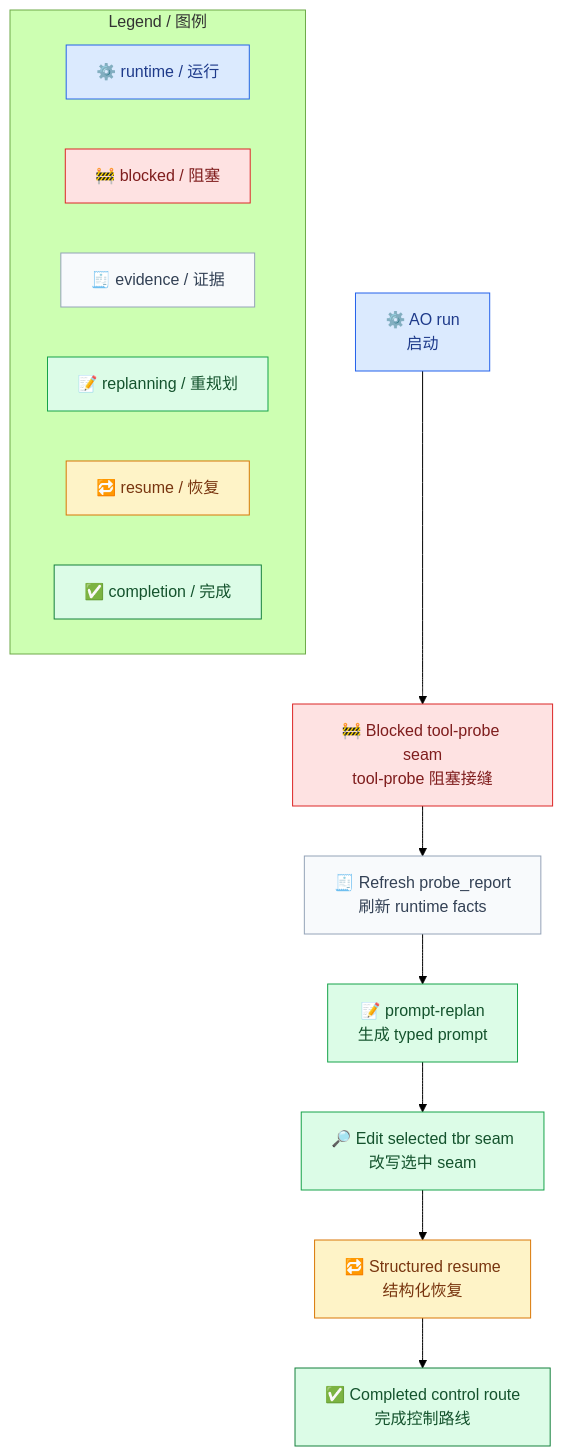
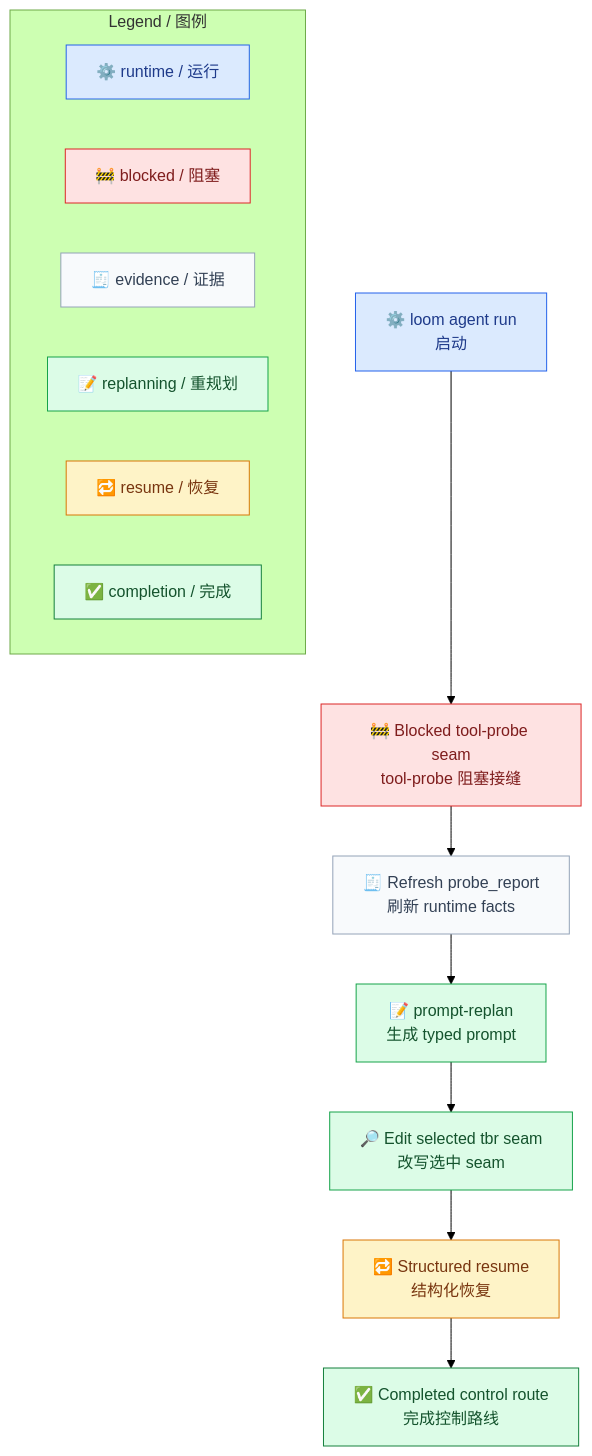
The diagram in docs/zh-cn/examples/ao-blocked-replan-run.md (waynebaby/Techne-Loom), drawn with Mermaid (forest theme) before and after one commit. The commit also changed other lines of this file and 45 other files, not shown here.

````diff
--- a/docs/zh-cn/examples/ao-blocked-replan-run.md
+++ b/docs/zh-cn/examples/ao-blocked-replan-run.md
@@ -15,39 +15,39 @@
 ```mermaid
 
 flowchart TD
-    A["⚙️ AO run<br/>启动"] --> B["🚧 Blocked tool-probe seam<br/>tool-probe 阻塞接缝"]
+    A["⚙️ loom agent run<br/>启动"] --> B["🚧 Blocked tool-probe seam<br/>tool-probe 阻塞接缝"]
     B --> C["🧾 Refresh probe_report<br/>刷新 runtime facts"]
     C --> D["📝 prompt-replan<br/>生成 typed prompt"]
     D --> E["🔎 Edit selected tbr seam<br/>改写选中 seam"]
     E --> F["🔁 Structured resume<br/>结构化恢复"]
     F --> G["✅ Completed control route<br/>完成控制路线"]
 
     classDef runtime fill:#dbeafe,stroke:#2563eb,color:#1e3a8a;
     classDef blocked fill:#fee2e2,stroke:#dc2626,color:#7f1d1d;
     classDef evidence fill:#f8fafc,stroke:#94a3b8,color:#334155;
     classDef draft fill:#dcfce7,stroke:#16a34a,color:#14532d;
     classDef continuation fill:#fef3c7,stroke:#d97706,color:#78350f;
     classDef done fill:#dcfce7,stroke:#15803d,color:#14532d;
     class A runtime;
     class B blocked;
     class C evidence;
     class D draft;
     class E draft;
     class F continuation;
     class G done;
     subgraph legend["Legend / 图例"]
         L1["⚙️ runtime / 运行"]
         L2["🚧 blocked / 阻塞"]
         L3["🧾 evidence / 证据"]
         L4["📝 replanning / 重规划"]
         L5["🔁 resume / 恢复"]
         L6["✅ completion / 完成"]
     end
     class L1 runtime;
     class L2 blocked;
     class L3 evidence;
     class L4 draft;
     class L5 continuation;
     class L6 done;
 
 ```
````
